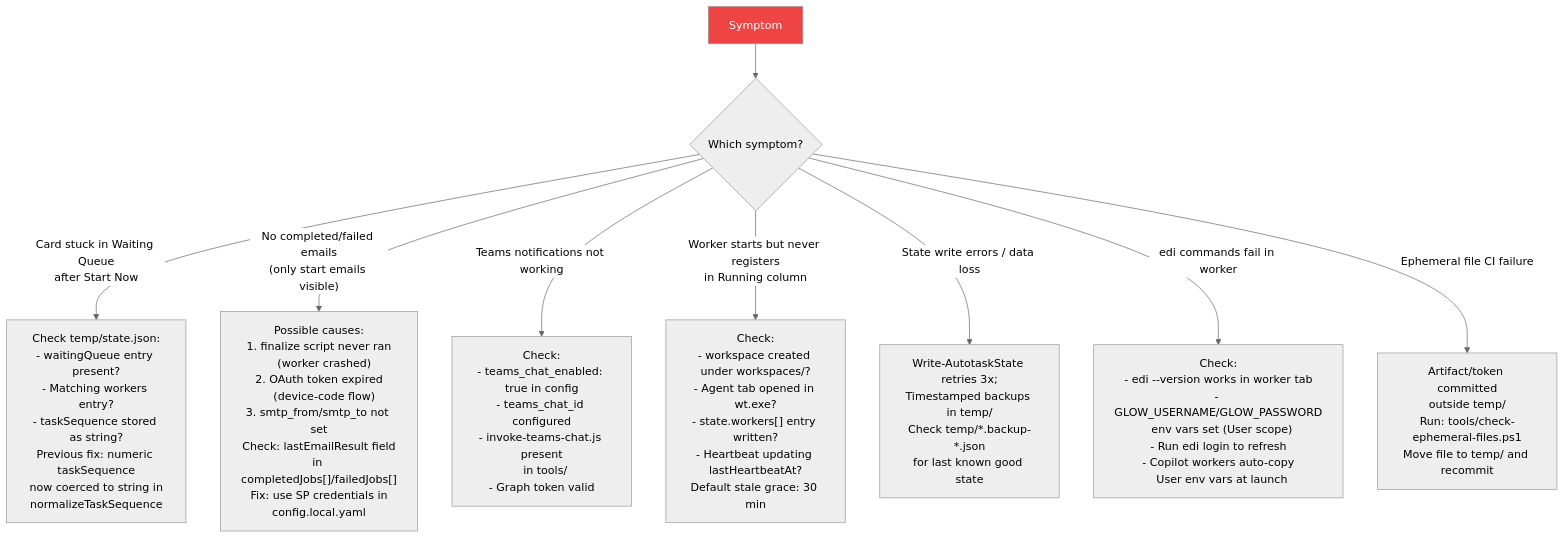
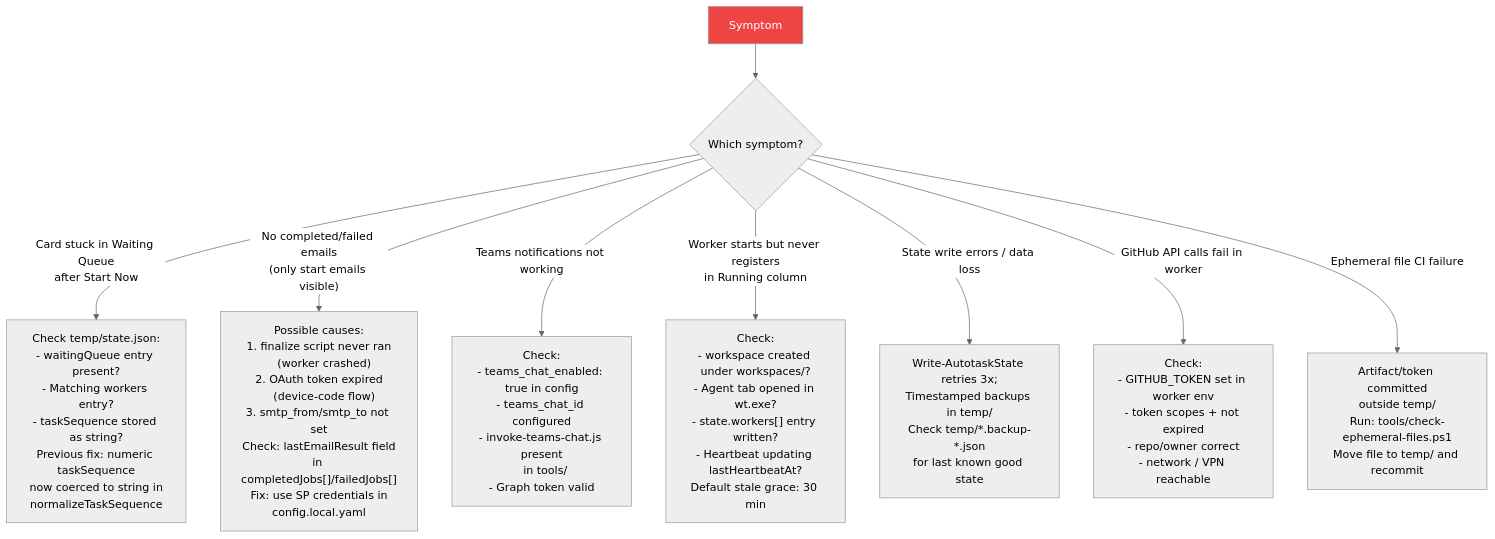
Diagram 11 of 11 in docs/architecture-overview.md (cat-hoang/ai-studio), drawn with Mermaid (neutral theme) before and after one commit. The commit also changed other lines of this file and 9 other files, not shown here.

````diff
--- a/docs/architecture-overview.md
+++ b/docs/architecture-overview.md
@@ -672,20 +562,20 @@
 ```mermaid
 flowchart TD
     A[Symptom] --> B{Which symptom?}
 
     B -- "Card stuck in Waiting Queue<br/>after Start Now" --> C["Check temp/state.json:<br/>- waitingQueue entry present?<br/>- Matching workers entry?<br/>- taskSequence stored as string?<br/>Previous fix: numeric taskSequence<br/>now coerced to string in<br/>normalizeTaskSequence"]
 
     B -- "No completed/failed emails<br/>(only start emails visible)" --> D["Possible causes:<br/>1. finalize script never ran<br/>   (worker crashed)<br/>2. OAuth token expired<br/>   (device-code flow)<br/>3. smtp_from/smtp_to not set<br/>Check: lastEmailResult field<br/>in completedJobs[]/failedJobs[]<br/>Fix: use SP credentials in<br/>config.local.yaml"]
 
     B -- "Teams notifications not working" --> E["Check:<br/>- teams_chat_enabled: true in config<br/>- teams_chat_id configured<br/>- invoke-teams-chat.js present<br/>  in tools/<br/>- Graph token valid"]
 
     B -- "Worker starts but never registers<br>in Running column" --> F["Check:<br>- workspace created under workspaces/?<br>- Agent tab opened in wt.exe?<br>- state.workers[] entry written?<br>- Heartbeat updating lastHeartbeatAt?<br>Default stale grace: 30 min"]
 
     B -- "State write errors / data loss" --> G["Write-AutotaskState retries 3x;<br>Timestamped backups in temp/<br>Check temp/*.backup-*.json<br>for last known good state"]
 
-    B -- "edi commands fail in worker" --> H["Check:<br>- edi --version works in worker tab<br>- GLOW_USERNAME/GLOW_PASSWORD<br>  env vars set (User scope)<br>- Run edi login to refresh<br>- Copilot workers auto-copy<br>  User env vars at launch"]
+    B -- "GitHub API calls fail in worker" --> H["Check:<br>- GITHUB_TOKEN set in worker env<br>- token scopes + not expired<br>- repo/owner correct<br>- network / VPN reachable"]
 
     B -- "Ephemeral file CI failure" --> I["Artifact/token committed<br>outside temp/<br>Run: tools/check-ephemeral-files.ps1<br>Move file to temp/ and recommit"]
 
     style A fill:#ef4444,color:#fff
 ```
````
